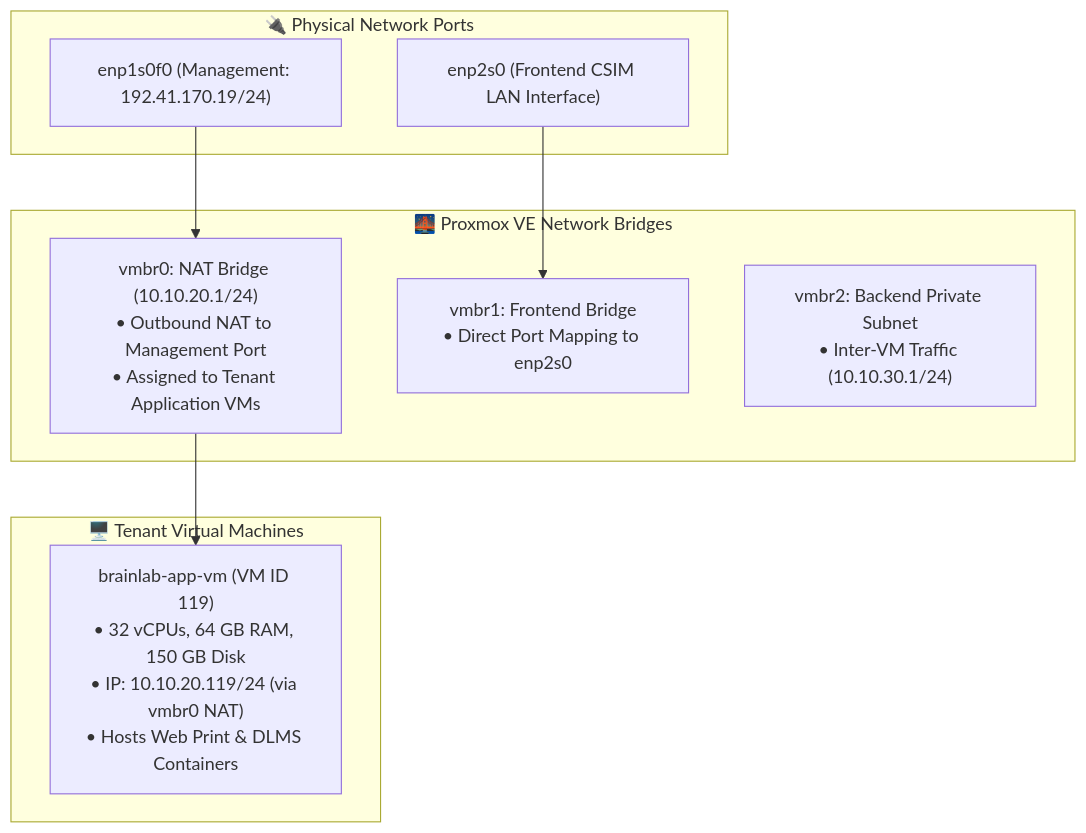
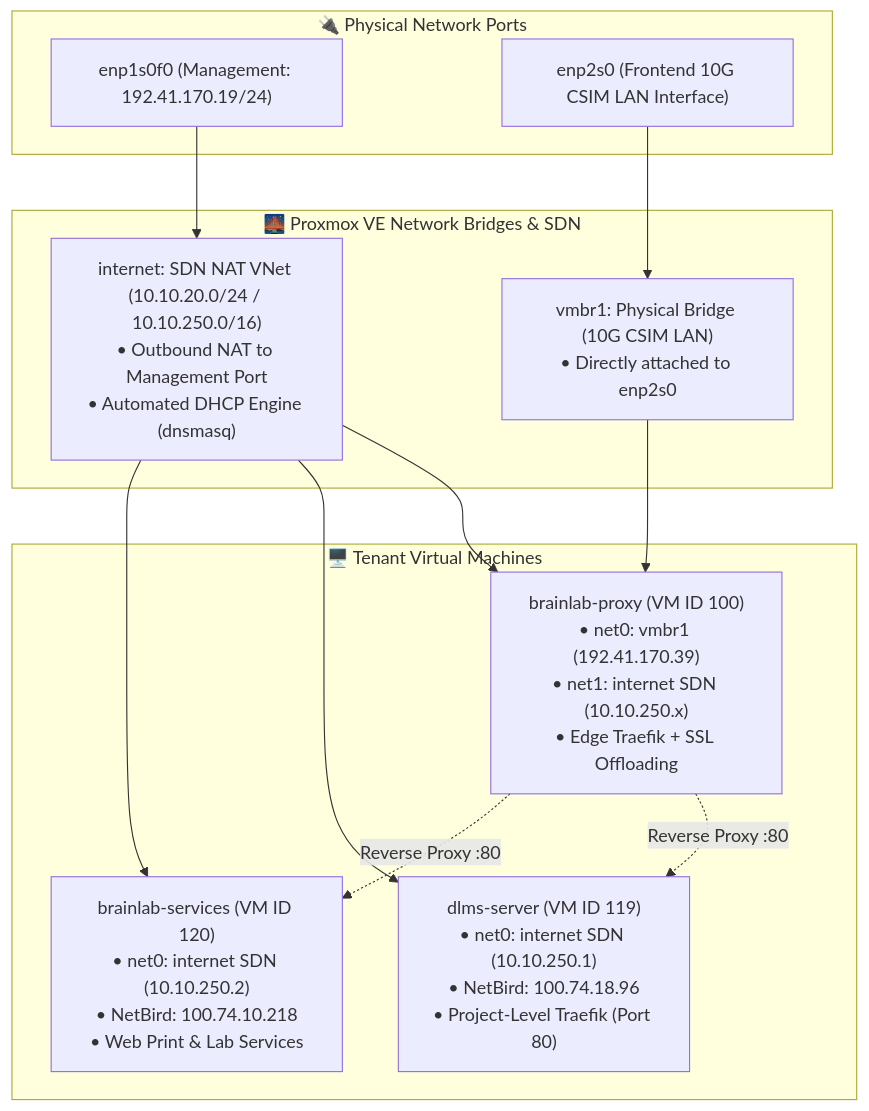
The first of 2 diagrams in docs/infra/onprem/proxmox_setup.md (AIT-brainlab/brainlab-base), drawn with Mermaid before and after one commit. The commit also changed other lines of this file and 11 other files, not shown here.

First line of the commit message:
feat(onprem): implement declarative two-tier Traefik edge routing and SSL offloading

````diff
--- a/docs/infra/onprem/proxmox_setup.md
+++ b/docs/infra/onprem/proxmox_setup.md
@@ -23,21 +23,27 @@
 ```mermaid
 flowchart TD
     subgraph PhysicalInterfaces ["🔌 Physical Network Ports"]
         P1["enp1s0f0 (Management: 192.41.170.19/24)"]
-        P2["enp2s0 (Frontend CSIM LAN Interface)"]
+        P2["enp2s0 (Frontend 10G CSIM LAN Interface)"]
     end
 
-    subgraph ProxmoxBridges ["🌉 Proxmox VE Network Bridges"]
-        VMBR0["vmbr0: NAT Bridge (10.10.20.1/24)<br/>• Outbound NAT to Management Port<br/>• Assigned to Tenant Application VMs"]
-        VMBR1["vmbr1: Frontend Bridge<br/>• Direct Port Mapping to enp2s0"]
-        VMBR2["vmbr2: Backend Private Subnet<br/>• Inter-VM Traffic (10.10.30.1/24)"]
+    subgraph ProxmoxBridges ["🌉 Proxmox VE Network Bridges & SDN"]
+        VMBR1["vmbr1: Physical Bridge (10G CSIM LAN)<br/>• Directly attached to enp2s0"]
+        SDN_INT["internet: SDN NAT VNet (10.10.20.0/24 / 10.10.250.0/16)<br/>• Outbound NAT to Management Port<br/>• Automated DHCP Engine (dnsmasq)"]
     end
 
     subgraph TenantVMs ["🖥️ Tenant Virtual Machines"]
-        AppVM["brainlab-app-vm (VM ID 119)<br/>• 32 vCPUs, 64 GB RAM, 150 GB Disk<br/>• IP: 10.10.20.119/24 (via vmbr0 NAT)<br/>• Hosts Web Print & DLMS Containers"]
+        ProxyVM["brainlab-proxy (VM ID 100)<br/>• net0: vmbr1 (192.41.170.39)<br/>• net1: internet SDN (10.10.250.x)<br/>• Edge Traefik + SSL Offloading"]
+        DLMSVM["dlms-server (VM ID 119)<br/>• net0: internet SDN (10.10.250.1)<br/>• NetBird: 100.74.18.96<br/>• Project-Level Traefik (Port 80)"]
+        ServicesVM["brainlab-services (VM ID 120)<br/>• net0: internet SDN (10.10.250.2)<br/>• NetBird: 100.74.10.218<br/>• Web Print & Lab Services"]
     end
 
-    P1 --> VMBR0
     P2 --> VMBR1
-    VMBR0 --> AppVM
+    P1 --> SDN_INT
+    VMBR1 --> ProxyVM
+    SDN_INT --> ProxyVM
+    SDN_INT --> DLMSVM
+    SDN_INT --> ServicesVM
+    ProxyVM -.->|"Reverse Proxy :80"| DLMSVM
+    ProxyVM -.->|"Reverse Proxy :80"| ServicesVM
 ```
````
